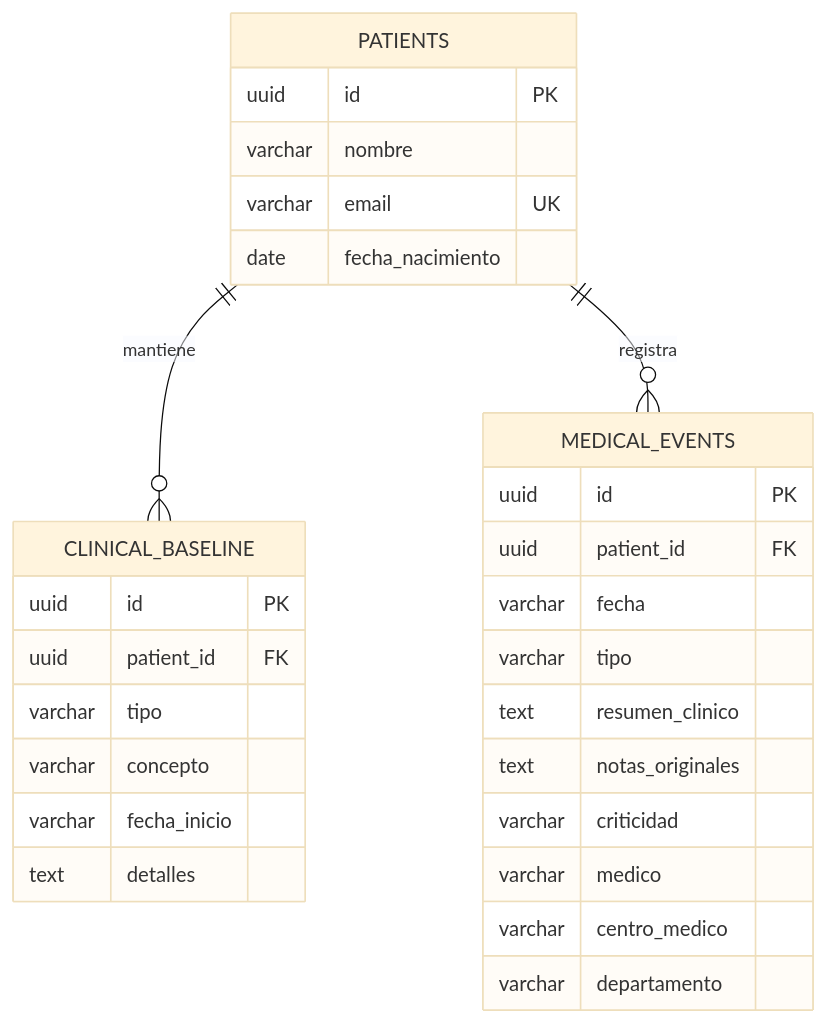
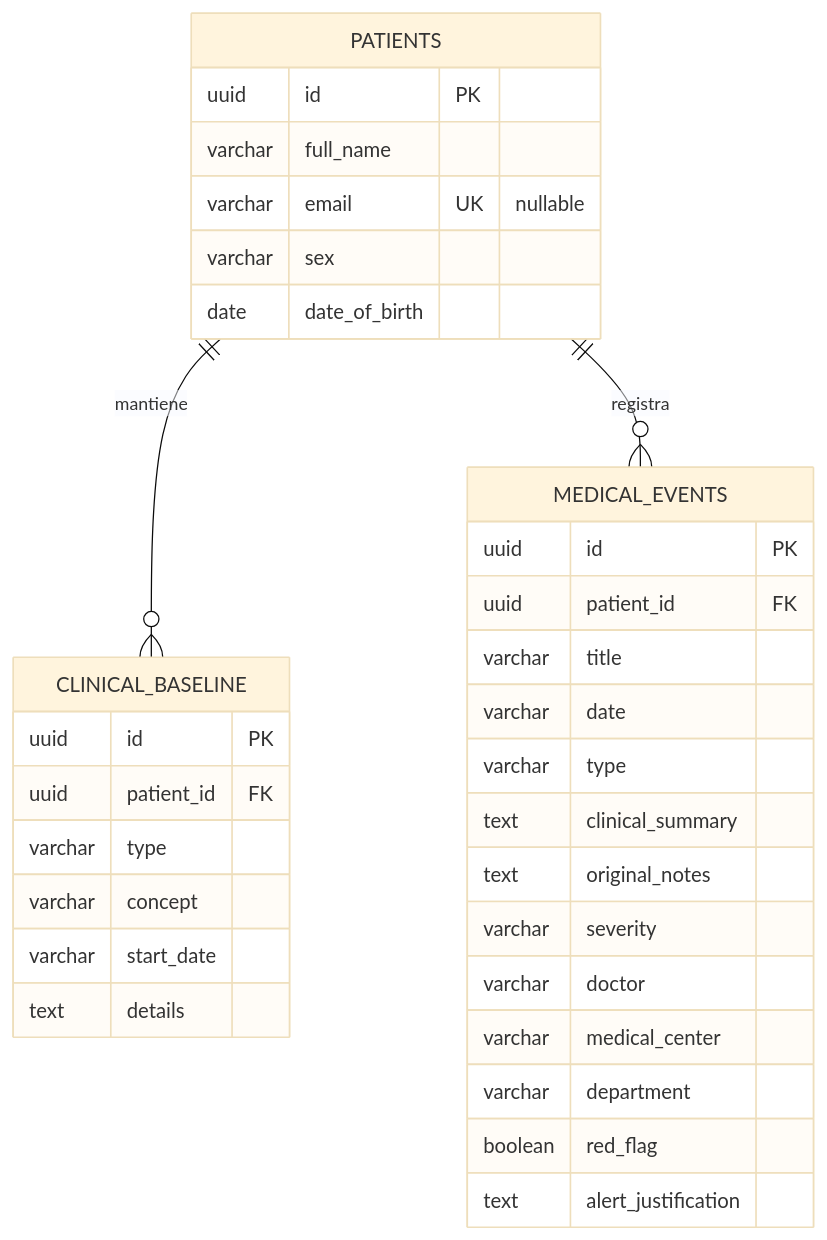
The second of 2 diagrams in readme.md (LIDR-academy/AI4Devs-finalproject), drawn with Mermaid (base theme) before and after one commit. The commit also changed other lines of this file and 93 other files, not shown here.

````diff
--- a/readme.md
+++ b/readme.md
@@ -215,32 +221,36 @@
 ```mermaid
 erDiagram
     PATIENTS {
         uuid id PK
-        varchar nombre
-        varchar email UK
-        date fecha_nacimiento
+        varchar full_name
+        varchar email UK "nullable"
+        varchar sex
+        date date_of_birth
     }
     CLINICAL_BASELINE {
         uuid id PK
         uuid patient_id FK
-        varchar tipo
-        varchar concepto
-        varchar fecha_inicio
-        text detalles
+        varchar type
+        varchar concept
+        varchar start_date
+        text details
     }
     MEDICAL_EVENTS {
         uuid id PK
         uuid patient_id FK
-        varchar fecha
-        varchar tipo
-        text resumen_clinico
-        text notas_originales
-        varchar criticidad
-        varchar medico
-        varchar centro_medico
-        varchar departamento
+        varchar title
+        varchar date
+        varchar type
+        text clinical_summary
+        text original_notes
+        varchar severity
+        varchar doctor
+        varchar medical_center
+        varchar department
+        boolean red_flag
+        text alert_justification
     }
 
     PATIENTS ||--o{ CLINICAL_BASELINE : mantiene
     PATIENTS ||--o{ MEDICAL_EVENTS : registra
 ```
````
